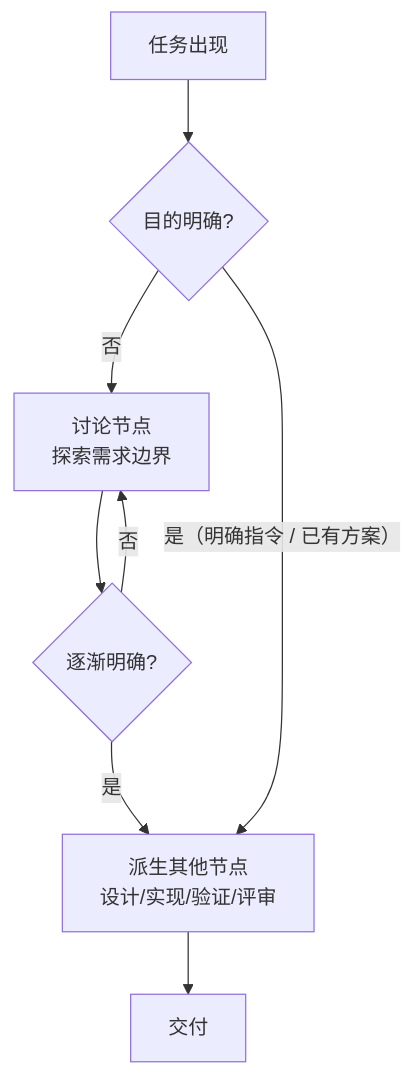
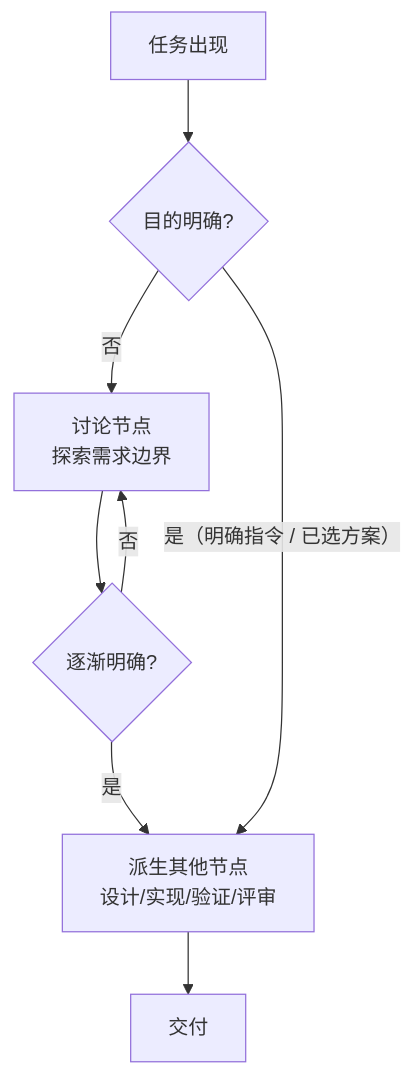
The diagram in docs/design.md (Diluka/adaptive-development-skills), drawn with Mermaid before and after one commit. The commit also changed other lines of this file and 16 other files, not shown here.

````diff
--- a/docs/design.md
+++ b/docs/design.md
@@ -59,10 +59,10 @@
 ```mermaid
 flowchart TD
     A[任务出现] --> B{目的明确?}
     B -- 否 --> C[讨论节点<br/>探索需求边界]
     C --> D{逐渐明确?}
     D -- 否 --> C
     D -- 是 --> E[派生其他节点<br/>设计/实现/验证/评审]
-    B -- 是（明确指令 / 已有方案） --> E
+    B -- 是（明确指令 / 已选方案） --> E
     E --> F[交付]
 ```
````
